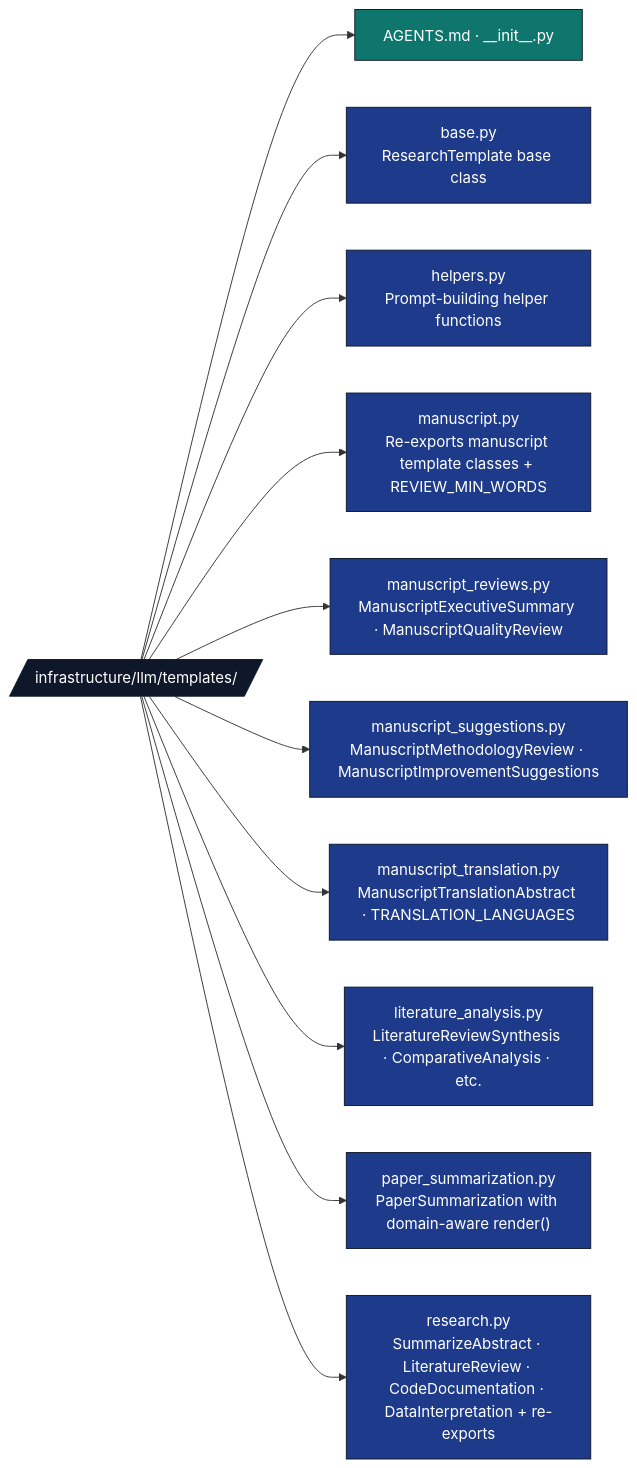
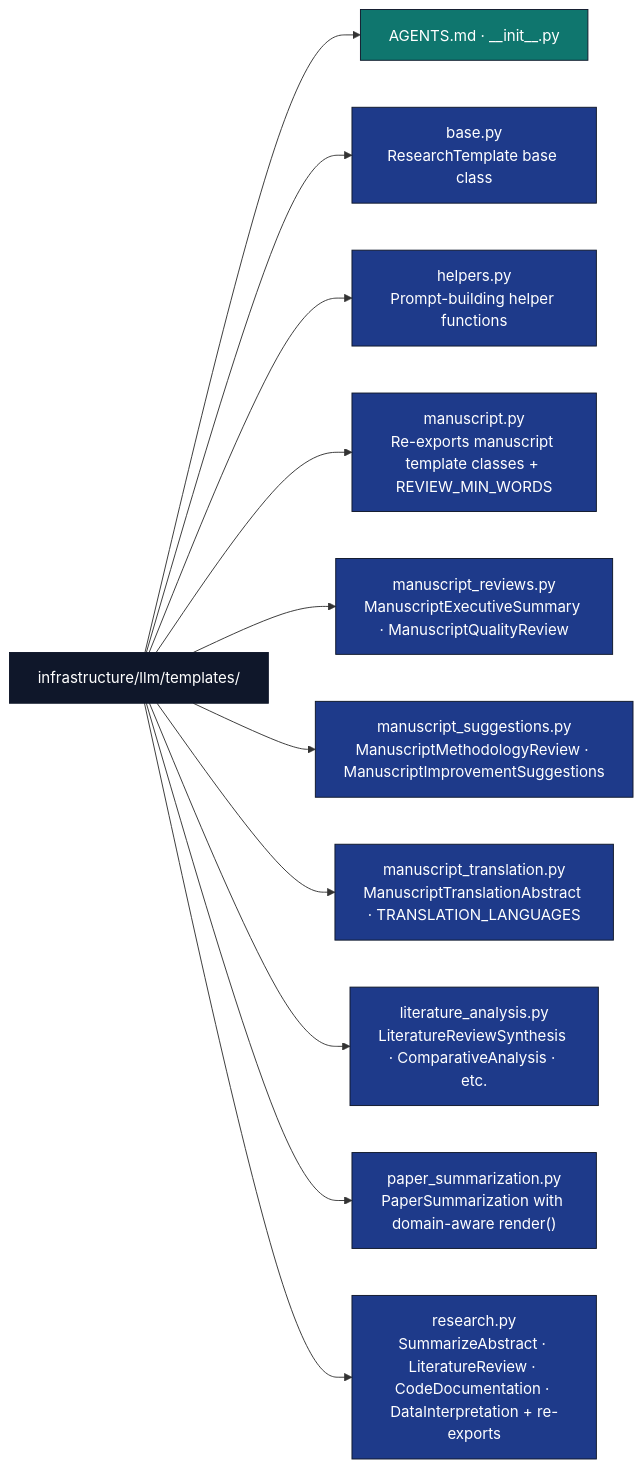
One commit to docxology/template changed the diagram in infrastructure/llm/templates/AGENTS.md. Above: the diagram before and after it, drawn with Mermaid. The commit also changed 94 other files, not shown here.

````diff
--- a/infrastructure/llm/templates/AGENTS.md
+++ b/infrastructure/llm/templates/AGENTS.md
@@ -9,21 +9,21 @@
 ```mermaid
 flowchart LR
-    T[/infrastructure/llm/templates//]
+    T[infrastructure/llm/templates/]
     T --> META[AGENTS.md · __init__.py]
     T --> BASE[base.py<br/>ResearchTemplate base class]
     T --> HELP[helpers.py<br/>Prompt-building helper functions]
     T --> MAN[manuscript.py<br/>Re-exports manuscript template classes + REVIEW_MIN_WORDS]
     T --> MANR[manuscript_reviews.py<br/>ManuscriptExecutiveSummary · ManuscriptQualityReview]
     T --> MANS[manuscript_suggestions.py<br/>ManuscriptMethodologyReview · ManuscriptImprovementSuggestions]
     T --> MANT[manuscript_translation.py<br/>ManuscriptTranslationAbstract · TRANSLATION_LANGUAGES]
     T --> LIT[literature_analysis.py<br/>LiteratureReviewSynthesis · ComparativeAnalysis · etc.]
     T --> PAP["paper_summarization.py<br/>PaperSummarization with domain-aware render()"]
     T --> RES[research.py<br/>SummarizeAbstract · LiteratureReview · CodeDocumentation · DataInterpretation + re-exports]
 
     classDef d fill:#0f172a,stroke:#0f172a,color:#fff
     classDef code fill:#1e3a8a,stroke:#0f172a,color:#fff
     classDef doc fill:#0f766e,stroke:#0f172a,color:#fff
     class T d
     class BASE,HELP,MAN,MANR,MANS,MANT,LIT,PAP,RES code
     class META doc
 ```
````
